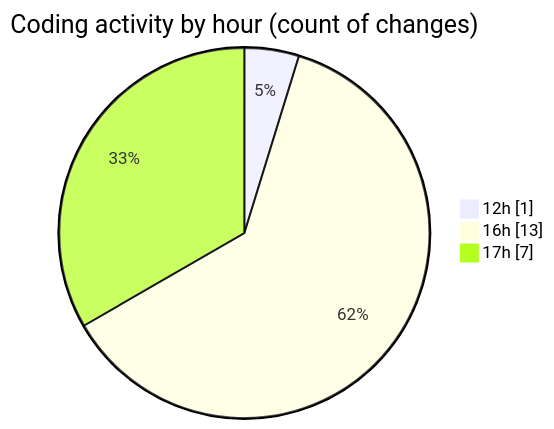
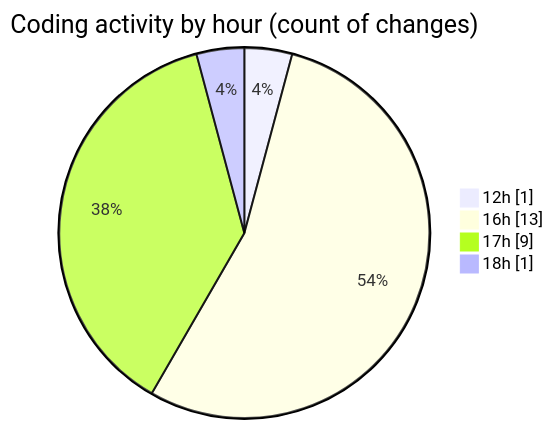
Before and after one commit to Elitesun/code-tracking: the second of 2 diagrams in 2025-02-22/elitegpt/README.md, drawn with Mermaid. The commit also changed other lines of this file and 1 other file, not shown here.

````diff
--- a/2025-02-22/elitegpt/README.md
+++ b/2025-02-22/elitegpt/README.md
@@ -39,7 +41,8 @@
 ```mermaid
 pie showData
 title Coding activity by hour (count of changes)
 "12h" : 1
 "16h" : 13
-"17h" : 7
+"17h" : 9
+"18h" : 1
 ```
````
